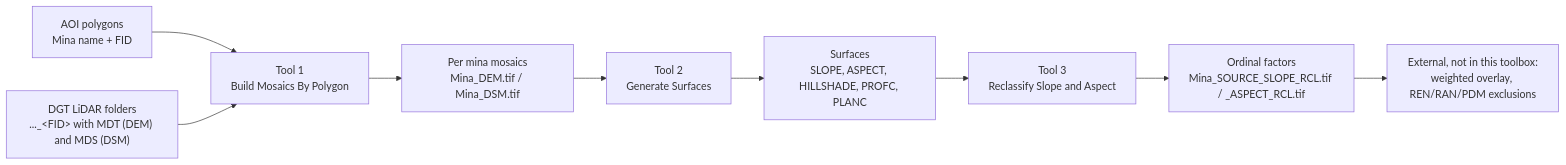
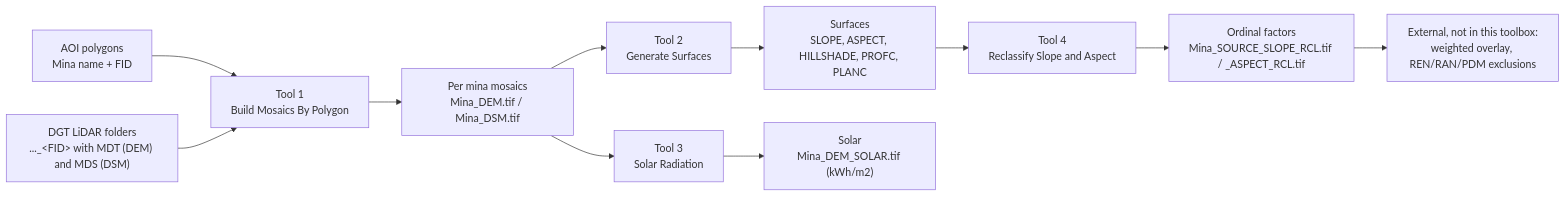
One commit to PedroMMGoncalves/lidar-terrain-arcgis-tools changed the diagram in README.md. Above: the diagram before and after it, drawn with Mermaid. The commit also changed other lines of this file and 1 other file, not shown here.

First line of the commit message:
Add Solar Radiation (Tool 03)

````diff
--- a/README.md
+++ b/README.md
@@ -36,11 +37,13 @@
 ```mermaid
 flowchart LR
     AOI["AOI polygons<br/>Mina name + FID"] --> T1["Tool 1<br/>Build Mosaics By Polygon"]
     LID["DGT LiDAR folders<br/>..._&lt;FID&gt; with MDT (DEM) and MDS (DSM)"] --> T1
     T1 --> M["Per mina mosaics<br/>Mina_DEM.tif / Mina_DSM.tif"]
     M --> T2["Tool 2<br/>Generate Surfaces"]
+    M --> T3["Tool 3<br/>Solar Radiation"]
     T2 --> S["Surfaces<br/>SLOPE, ASPECT, HILLSHADE, PROFC, PLANC"]
-    S --> T3["Tool 3<br/>Reclassify Slope and Aspect"]
-    T3 --> R["Ordinal factors<br/>Mina_SOURCE_SLOPE_RCL.tif / _ASPECT_RCL.tif"]
+    T3 --> SOL["Solar<br/>Mina_DEM_SOLAR.tif (kWh/m2)"]
+    S --> T4["Tool 4<br/>Reclassify Slope and Aspect"]
+    T4 --> R["Ordinal factors<br/>Mina_SOURCE_SLOPE_RCL.tif / _ASPECT_RCL.tif"]
     R --> EXT["External, not in this toolbox:<br/>weighted overlay, REN/RAN/PDM exclusions"]
 ```
````
